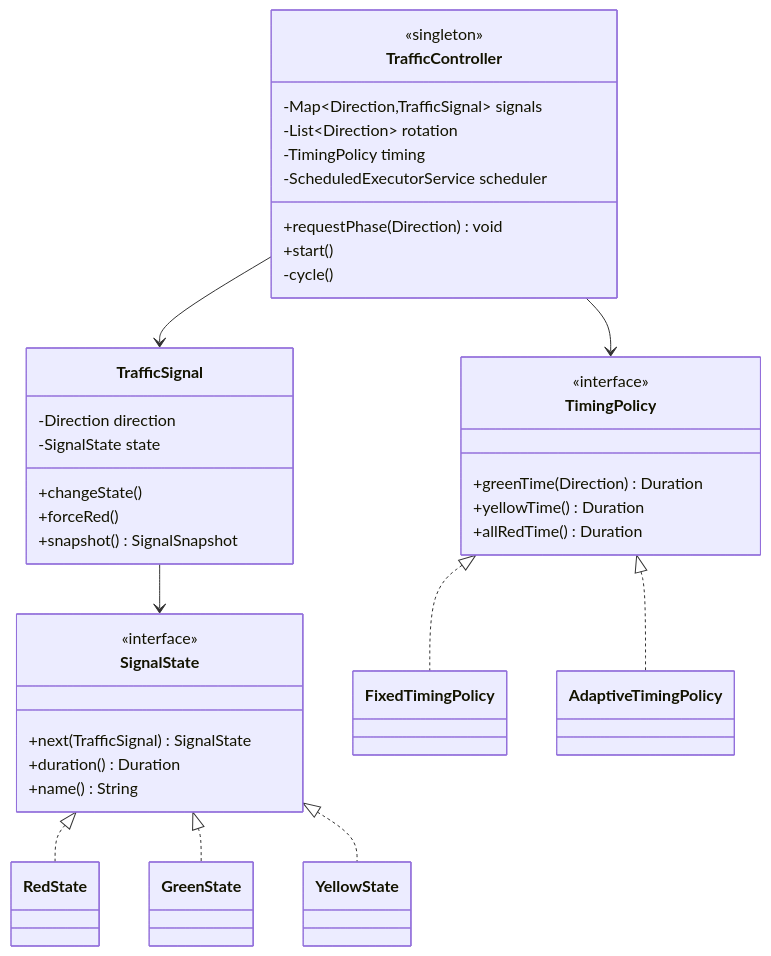
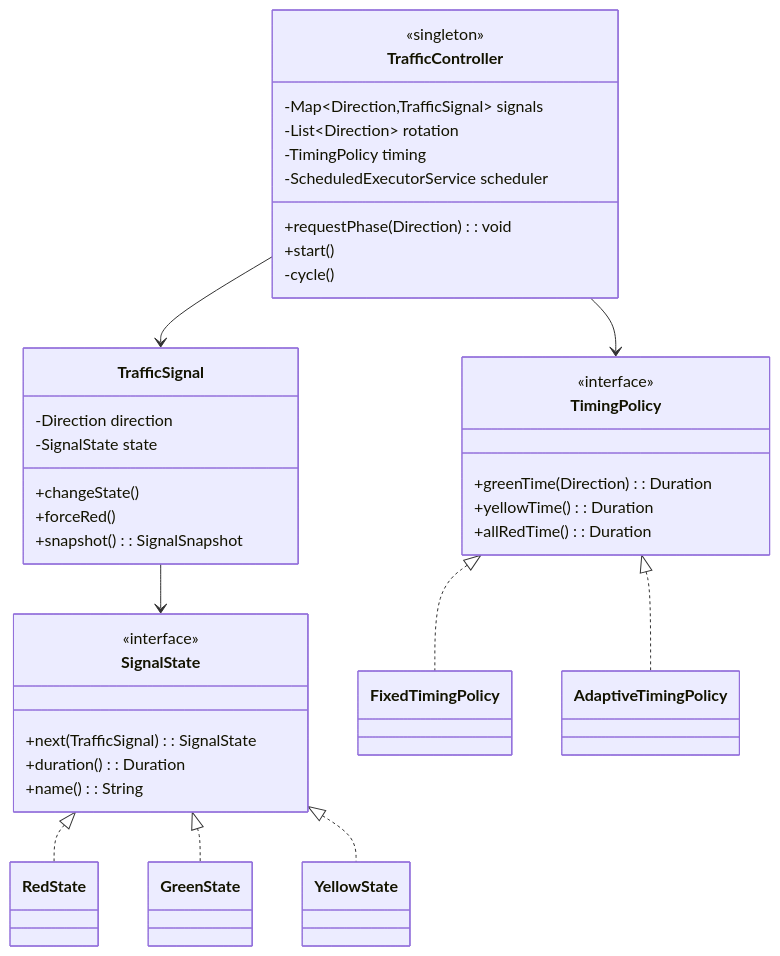
One commit to iamitgupta/system-design-LLD-basic changed diagram 11 of 59 in Readme.md. Above: the diagram before and after it, drawn with Mermaid. The commit also changed other lines of this file, not shown here.

````diff
--- a/Readme.md
+++ b/Readme.md
@@ -1179,40 +1960,40 @@
 ```mermaid
 classDiagram
  class TrafficController {
  <<singleton>>
  -Map~Direction,TrafficSignal~ signals
  -List~Direction~ rotation
  -TimingPolicy timing
  -ScheduledExecutorService scheduler
- +requestPhase(Direction) void
+ +requestPhase(Direction): void
  +start()
  -cycle()
  }
  class TrafficSignal {
  -Direction direction
  -SignalState state
  +changeState()
  +forceRed()
- +snapshot() SignalSnapshot
+ +snapshot(): SignalSnapshot
  }
  class SignalState {
  <<interface>>
- +next(TrafficSignal) SignalState
- +duration() Duration
- +name() String
+ +next(TrafficSignal): SignalState
+ +duration(): Duration
+ +name(): String
  }
  class TimingPolicy {
  <<interface>>
- +greenTime(Direction) Duration
- +yellowTime() Duration
- +allRedTime() Duration
+ +greenTime(Direction): Duration
+ +yellowTime(): Duration
+ +allRedTime(): Duration
  }
  TrafficController --> TrafficSignal
  TrafficController --> TimingPolicy
  TrafficSignal --> SignalState
  SignalState <|.. RedState
  SignalState <|.. GreenState
  SignalState <|.. YellowState
  TimingPolicy <|.. FixedTimingPolicy
  TimingPolicy <|.. AdaptiveTimingPolicy
 ```
````
